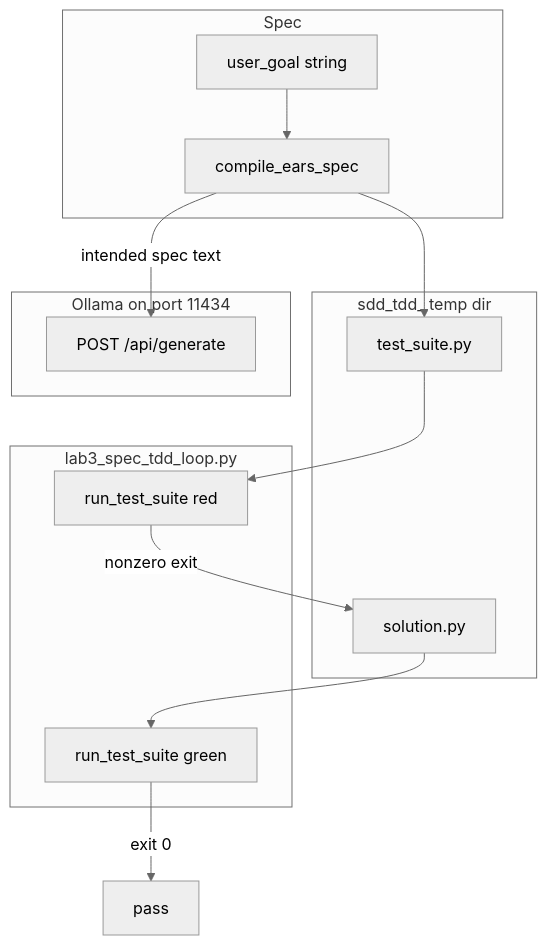
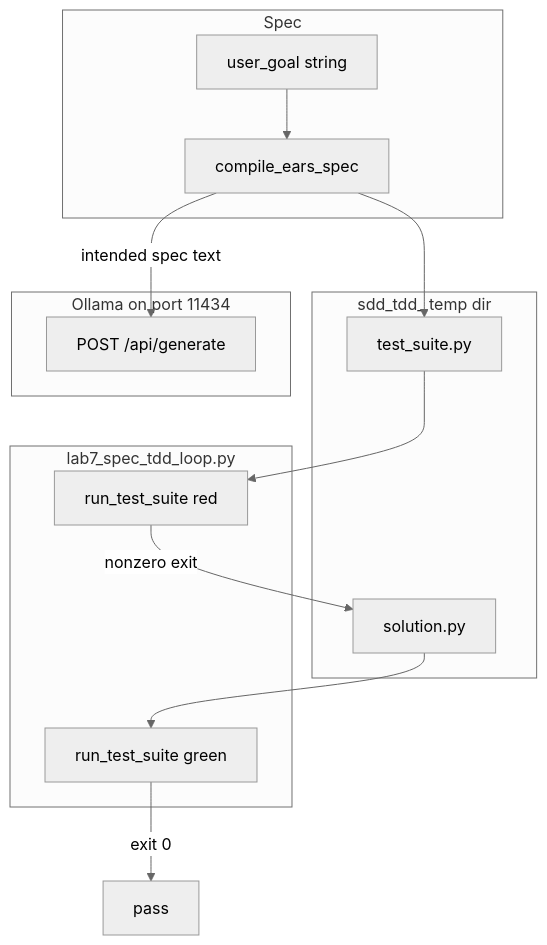
One commit to jacobbweber/AgenticAI-Labs changed the diagram in education/15_synthesis/02_spec_tdd.md. Above: the diagram before and after it, drawn with Mermaid (neutral theme). The commit also changed other lines of this file and 1 other file, not shown here.

Commit message:
Update chapter 15 module Lab links after renumber

````diff
--- a/education/15_synthesis/02_spec_tdd.md
+++ b/education/15_synthesis/02_spec_tdd.md
@@ -45,25 +45,25 @@
 ```mermaid
 flowchart TD
     subgraph tdd_spec [Spec]
         GOAL["user_goal string"]
         EARS["compile_ears_spec"]
     end
     subgraph tdd_files [sdd_tdd_ temp dir]
         TEST["test_suite.py"]
         SOL["solution.py"]
     end
-    subgraph tdd_run [lab3_spec_tdd_loop.py]
+    subgraph tdd_run [lab7_spec_tdd_loop.py]
         RED["run_test_suite red"]
         GREEN["run_test_suite green"]
     end
     subgraph tdd_host [Ollama on port 11434]
         API["POST /api/generate"]
     end
     GOAL --> EARS
     EARS -->|"intended spec text"| API
     EARS --> TEST
     TEST --> RED
     RED -->|"nonzero exit"| SOL
     SOL --> GREEN
     GREEN -->|"exit 0"| DONE["pass"]
 ```
````
